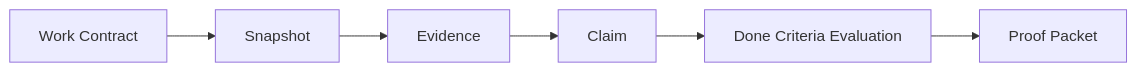
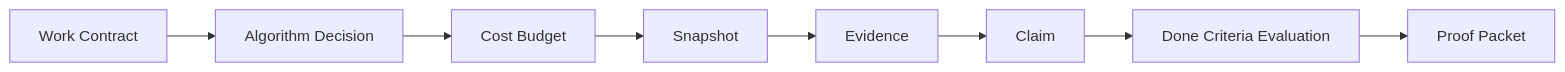
The diagram in docs/agent_work_ledger.md (Hyperion-GPU/ProofFlow-v0.1), drawn with Mermaid before and after one commit. The commit also changed other lines of this file and 17 other files, not shown here.

````diff
--- a/docs/agent_work_ledger.md
+++ b/docs/agent_work_ledger.md
@@ -10,8 +10,10 @@
 ```mermaid
 flowchart LR
-  A["Work Contract"] --> B["Snapshot"]
-  B --> C["Evidence"]
-  C --> D["Claim"]
-  D --> E["Done Criteria Evaluation"]
-  E --> F["Proof Packet"]
+  A["Work Contract"] --> B["Algorithm Decision"]
+  B --> C["Cost Budget"]
+  C --> D["Snapshot"]
+  D --> E["Evidence"]
+  E --> F["Claim"]
+  F --> G["Done Criteria Evaluation"]
+  G --> H["Proof Packet"]
 ```
````
